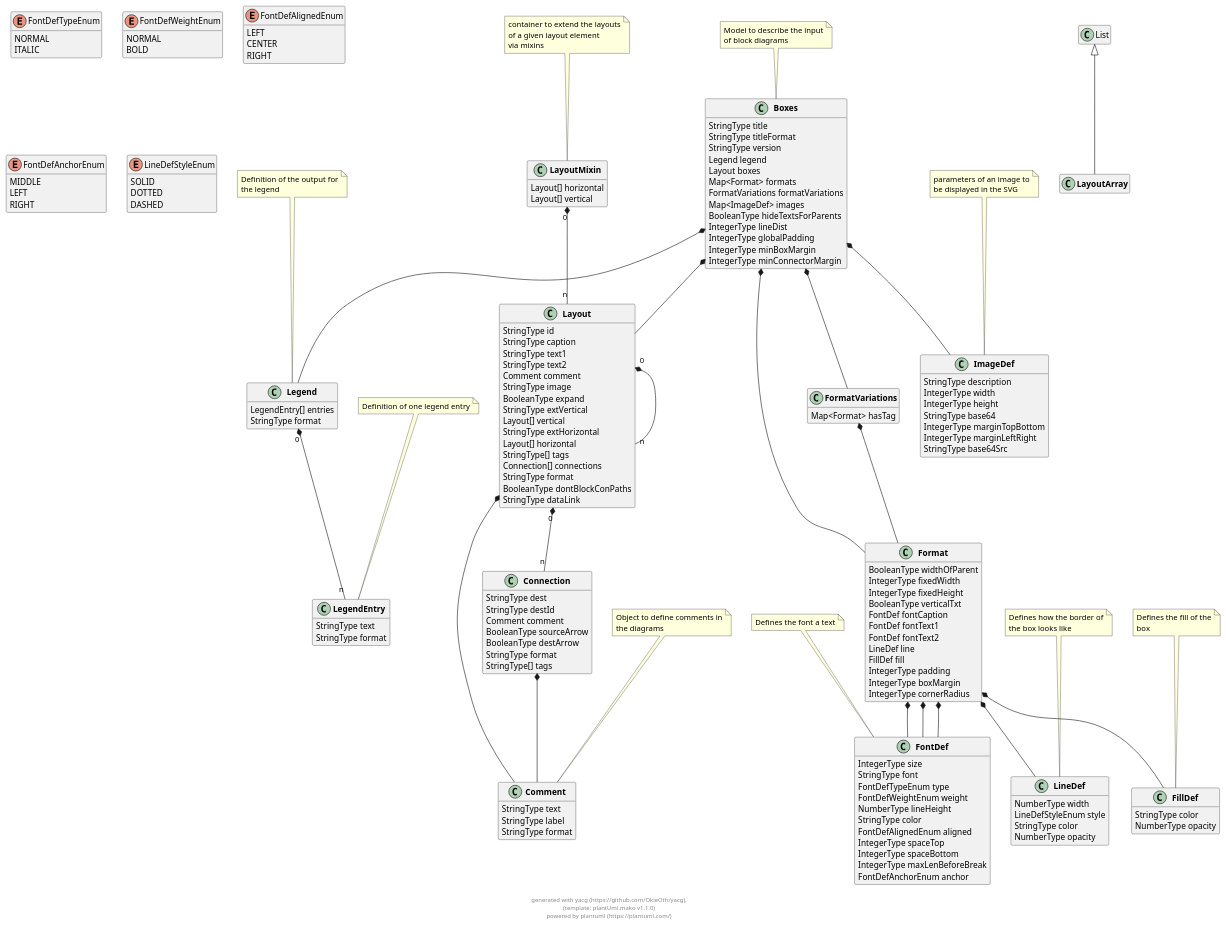
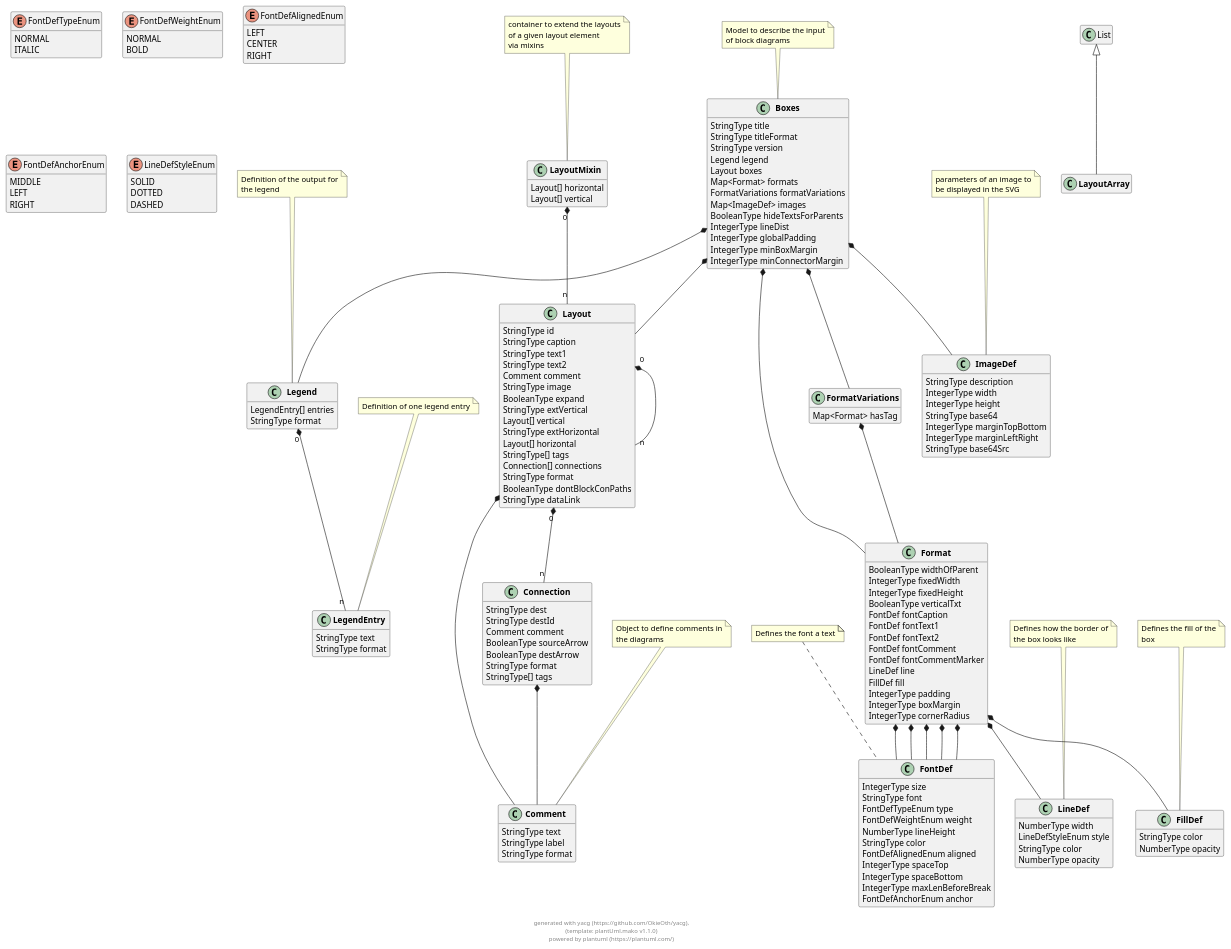
The diagram in docs/models/puml/boxes.puml (OkieOth/draw.chart.things), drawn with PlantUML before and after one commit. The commit also changed 22 other files, not shown here.

```diff
--- a/docs/models/puml/boxes.puml
+++ b/docs/models/puml/boxes.puml
@@ -61,6 +61,8 @@
         FontDef fontCaption
         FontDef fontText1
         FontDef fontText2
+        FontDef fontComment
+        FontDef fontCommentMarker
         LineDef line
         FillDef fill
         IntegerType padding
@@ -250,6 +252,10 @@
 
 Format  *--  FontDef
 
+Format  *--  FontDef
+
+Format  *--  FontDef
+
 Format  *--  LineDef
 
 Format  *--  FillDef
```
